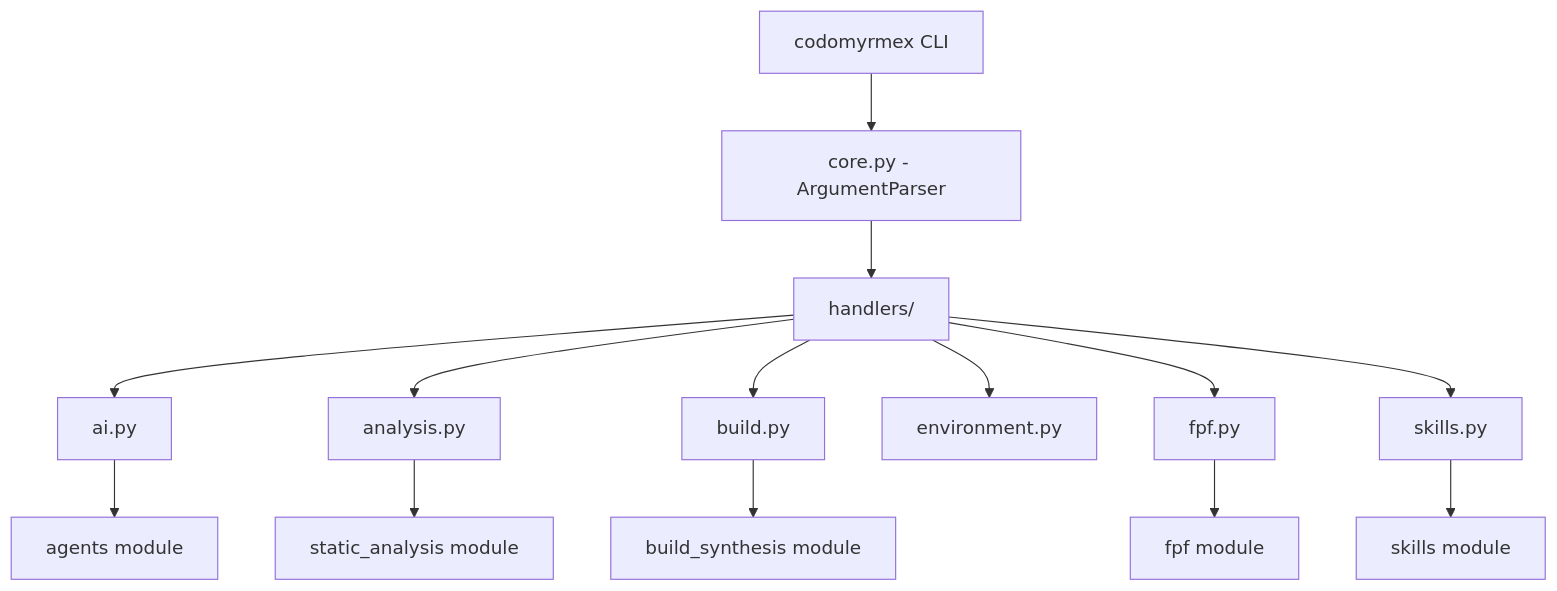
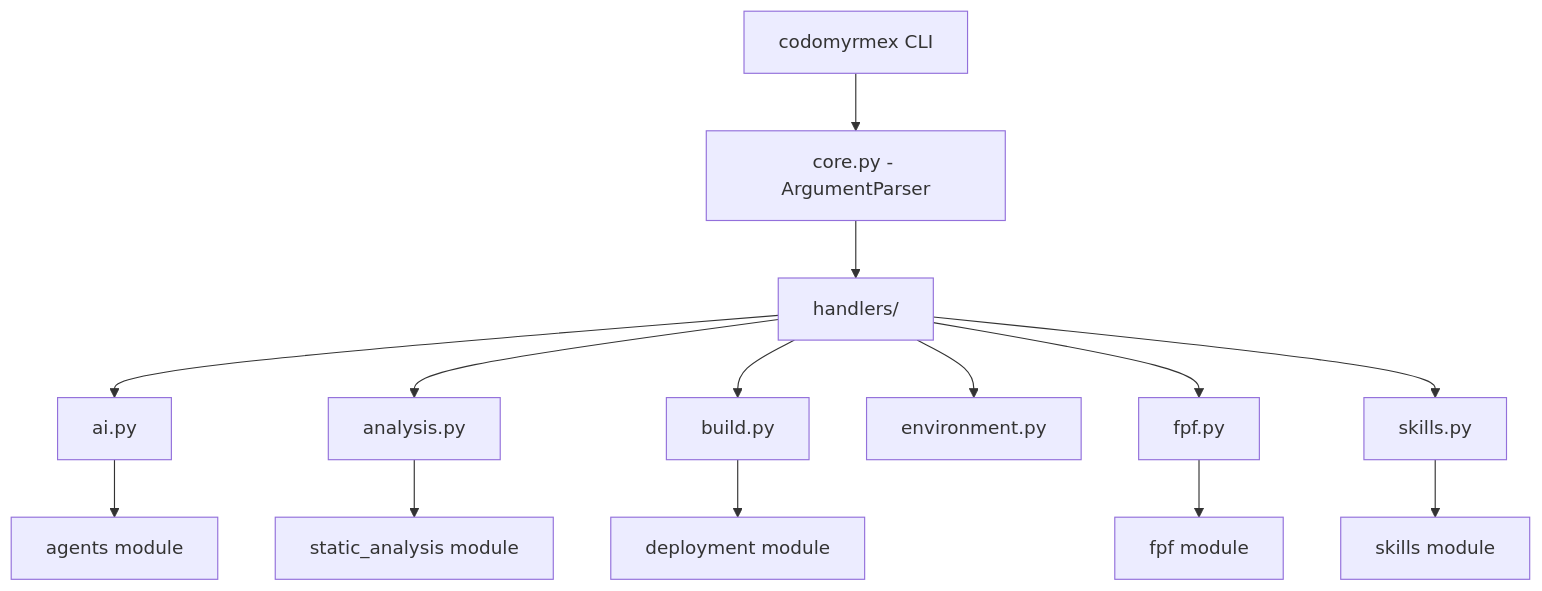
The diagram in src/codomyrmex/cli/SPEC.md (docxology/codomyrmex), drawn with Mermaid before and after one commit. The commit also changed other lines of this file and 2169 other files, not shown here.

````diff
--- a/src/codomyrmex/cli/SPEC.md
+++ b/src/codomyrmex/cli/SPEC.md
@@ -31,17 +31,17 @@
 ```mermaid
 graph TD
     CLI[codomyrmex CLI] --> Core[core.py - ArgumentParser]
     Core --> Handlers[handlers/]
     Handlers --> AI[ai.py]
     Handlers --> Analysis[analysis.py]
     Handlers --> Build[build.py]
     Handlers --> Environment[environment.py]
     Handlers --> FPF[fpf.py]
     Handlers --> Skills[skills.py]
     
     AI --> agents[agents module]
     Analysis --> static_analysis[static_analysis module]
-    Build --> build_synthesis[build_synthesis module]
+    Build --> deployment[deployment module]
     FPF --> fpf_module[fpf module]
     Skills --> skills_module[skills module]
 ```
````
